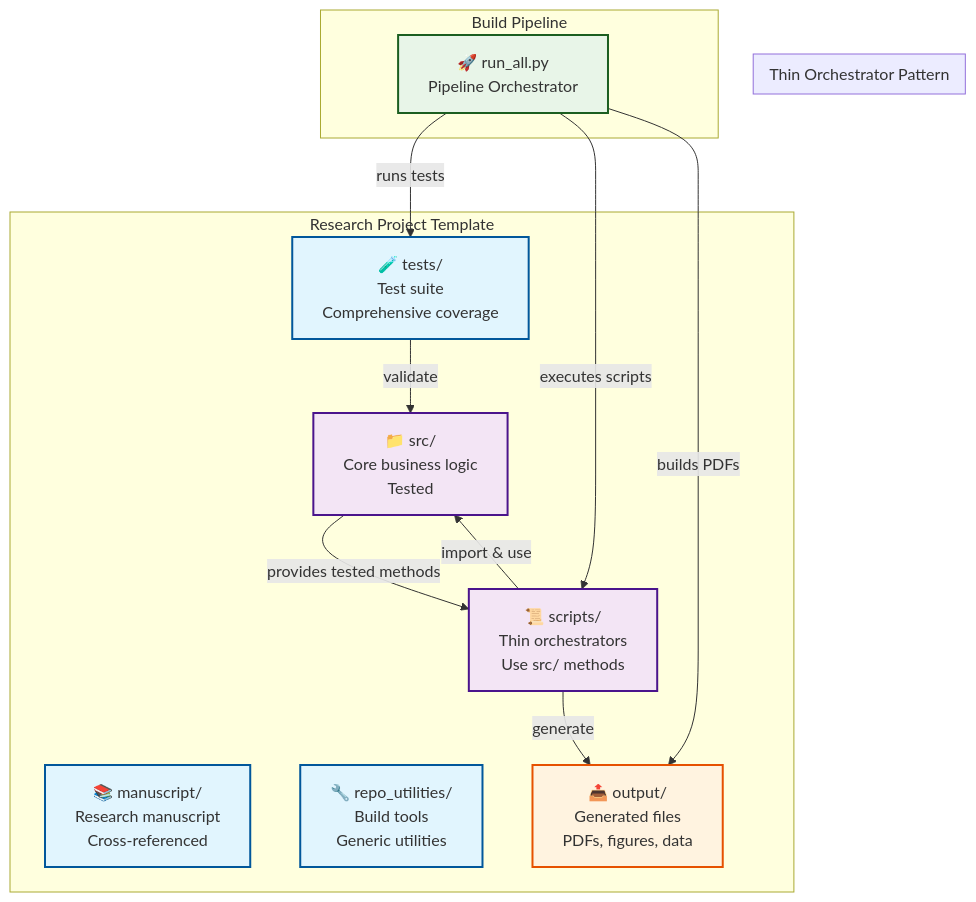
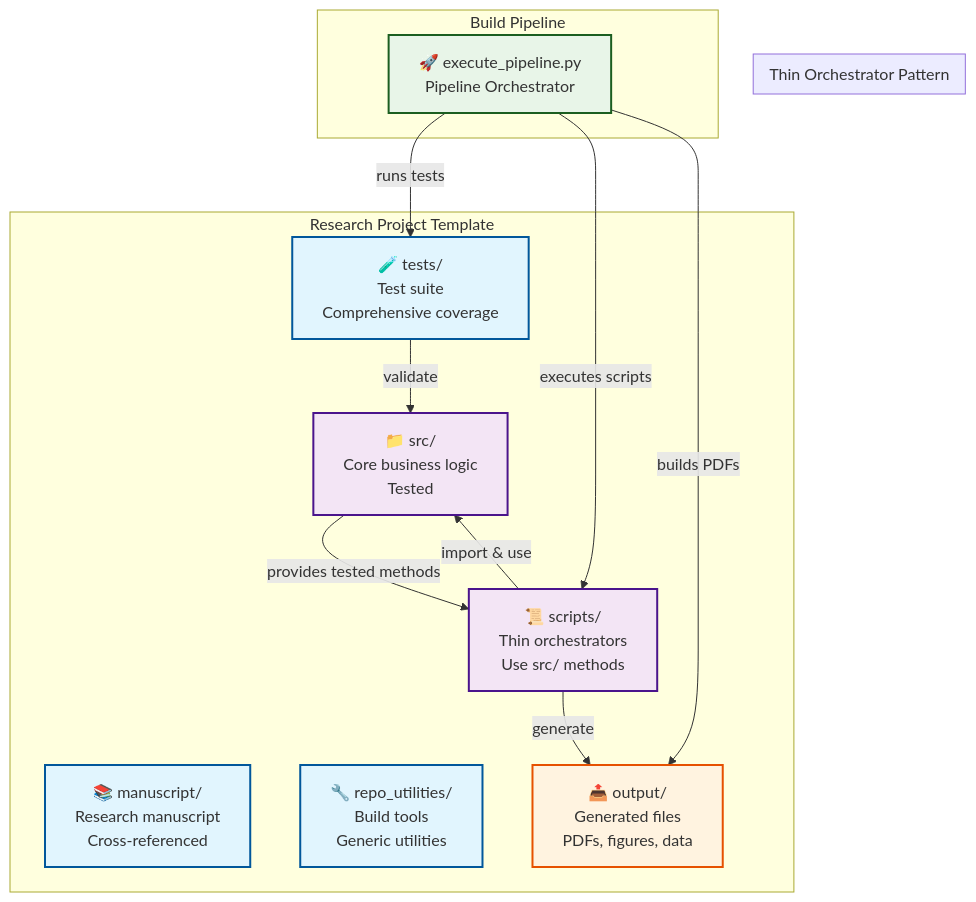
Before and after one commit to docxology/template: the first of 3 diagrams in docs/reference/COPYPASTA.md, drawn with Mermaid. The commit also changed other lines of this file and 766 other files, not shown here.

````diff
--- a/docs/reference/COPYPASTA.md
+++ b/docs/reference/COPYPASTA.md
@@ -253,35 +253,35 @@
 ```mermaid
 graph TB
     subgraph "Research Project Template"
         SRC[📁 src/<br/>Core business logic<br/>Tested]
         TESTS[🧪 tests/<br/>Test suite<br/>Comprehensive coverage]
         SCRIPTS[📜 scripts/<br/>Thin orchestrators<br/>Use src/ methods]
         MANUSCRIPT[📚 manuscript/<br/>Research manuscript<br/>Cross-referenced]
         REPO_UTILS[🔧 repo_utilities/<br/>Build tools<br/>Generic utilities]
         OUTPUT[📤 output/<br/>Generated files<br/>PDFs, figures, data]
     end
     
     subgraph "Thin Orchestrator Pattern"
         SRC -->|"provides tested methods"| SCRIPTS
         SCRIPTS -->|"import & use"| SRC
         SCRIPTS -->|"generate"| OUTPUT
         TESTS -->|"validate"| SRC
     end
     
     subgraph "Build Pipeline"
-        RENDER[🚀 run_all.py<br/>Pipeline Orchestrator]
+        RENDER[🚀 execute_pipeline.py<br/>Pipeline Orchestrator]
         RENDER -->|"runs tests"| TESTS
         RENDER -->|"executes scripts"| SCRIPTS
         RENDER -->|"builds PDFs"| OUTPUT
     end
     
     classDef core fill:#e1f5fe,stroke:#01579b,stroke-width:2px
     classDef pattern fill:#f3e5f5,stroke:#4a148c,stroke-width:2px
     classDef pipeline fill:#e8f5e8,stroke:#1b5e20,stroke-width:2px
     classDef output fill:#fff3e0,stroke:#e65100,stroke-width:2px
     
     class SRC,TESTS,SCRIPTS,MANUSCRIPT,REPO_UTILS core
     class SRC,SCRIPTS pattern
     class RENDER pipeline
     class OUTPUT output
 ```
````
